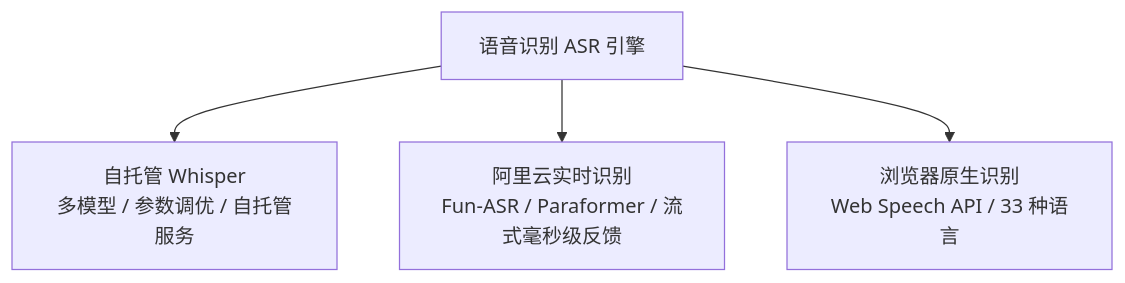
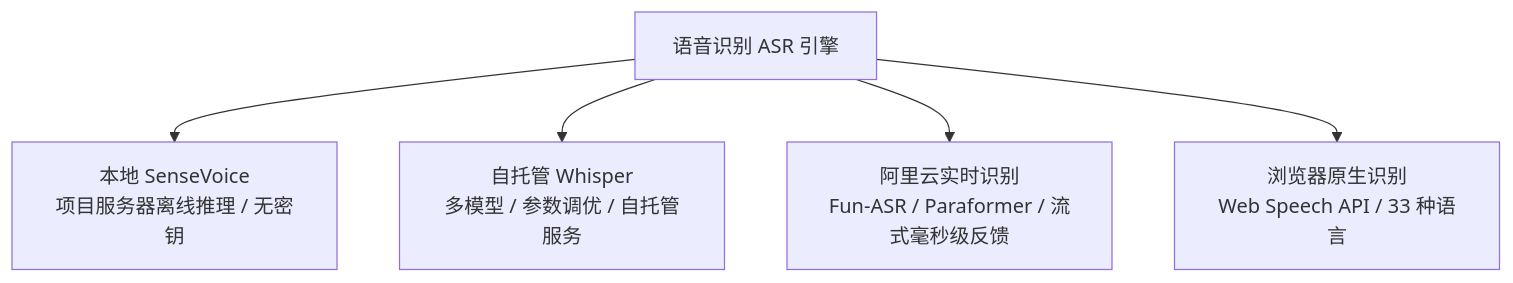
The second of 2 diagrams in docs/voice/setup.md (lulabs-org/embocraft), drawn with Mermaid before and after one commit. The commit also changed other lines of this file and 39 other files, not shown here.

First line of the commit message:
feat(asr): add SenseVoice offline provider and speech router

````diff
--- a/docs/voice/setup.md
+++ b/docs/voice/setup.md
@@ -101,6 +101,7 @@
 ```mermaid
 graph TD
-    ASR[语音识别 ASR 引擎] --> Whisper[自托管 Whisper<br>多模型 / 参数调优 / 自托管服务]
+    ASR[语音识别 ASR 引擎] --> SenseVoice[本地 SenseVoice<br>项目服务器离线推理 / 无密钥]
+    ASR --> Whisper[自托管 Whisper<br>多模型 / 参数调优 / 自托管服务]
     ASR --> AliyunASR[阿里云实时识别<br>Fun-ASR / Paraformer / 流式毫秒级反馈]
     ASR --> BrowserASR[浏览器原生识别<br>Web Speech API / 33 种语言]
 ```
````
